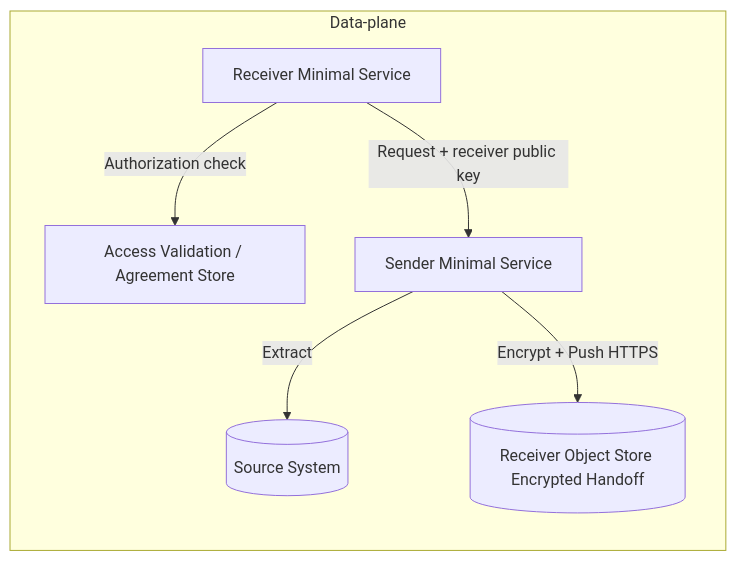
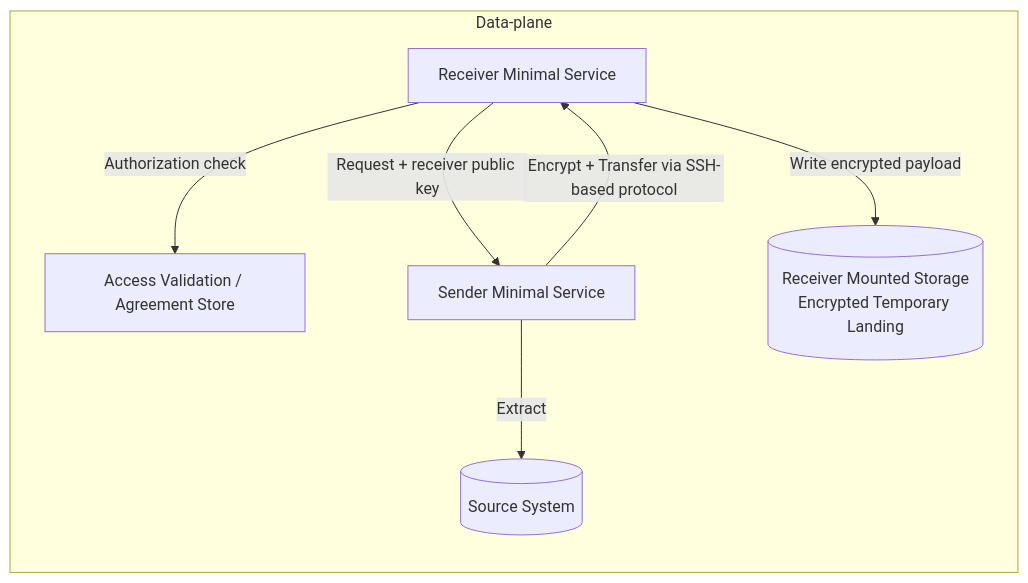
Before and after one commit to GSA-TTS/TTSE-Redwood: the eighth of 8 diagrams in docs/adr/0001-fde-architecture-diagrams.md, drawn with Mermaid. The commit also changed other lines of this file and 1 other file, not shown here.

First line of the commit message:
WIP: refine FDE agent transfer flow (static mounts, SSH agent-to-agent)

````diff
--- a/docs/adr/0001-fde-architecture-diagrams.md
+++ b/docs/adr/0001-fde-architecture-diagrams.md
@@ -255,15 +247,16 @@
 ```mermaid
 flowchart LR
   subgraph DataPlane[Data-plane]
     R4[Receiver Minimal Service]
     AV4[Access Validation / Agreement Store]
     S4[Sender Minimal Service]
     SRC4[(Source System)]
-    ROS4[(Receiver Object Store Encrypted Handoff)]
+    RMS4[(Receiver Mounted Storage<br/>Encrypted Temporary Landing)]
   end
 
   R4 -->|Authorization check| AV4
   R4 -->|Request + receiver public key| S4
   S4 -->|Extract| SRC4
-  S4 -->|Encrypt + Push HTTPS| ROS4
+  S4 -->|Encrypt + Transfer via SSH-based protocol| R4
+  R4 -->|Write encrypted payload| RMS4
 ```
````
